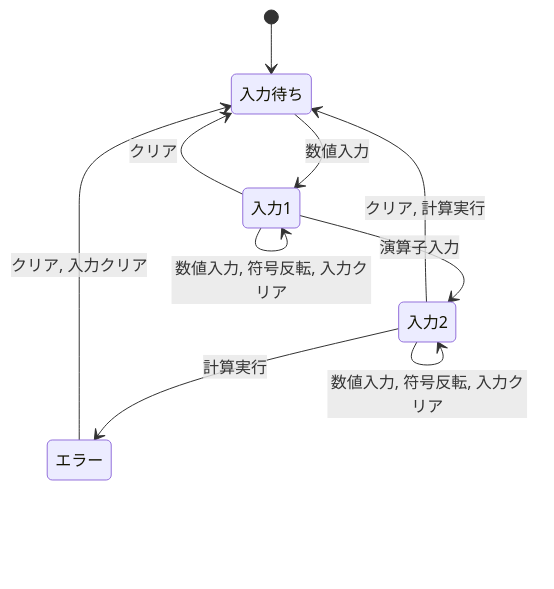
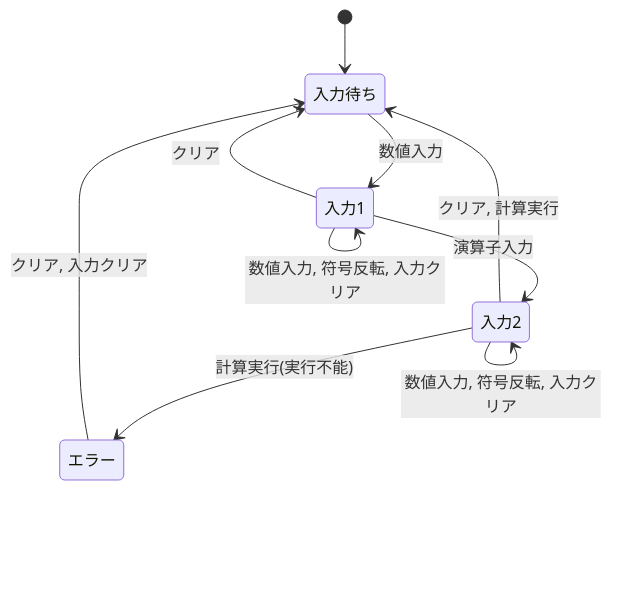
One commit to brainpad-whiterabbit/test-training changed the diagram in docs/97-requirements.md. Above: the diagram before and after it, drawn with Mermaid. The commit also changed other lines of this file and 2 other files, not shown here.

````diff
--- a/docs/97-requirements.md
+++ b/docs/97-requirements.md
@@ -47,15 +47,15 @@
 ```mermaid
 stateDiagram-v2
     [*] --> 入力待ち
 
     入力待ち --> 入力1 : 数値入力
     入力1 --> 入力1 : 数値入力, 符号反転, 入力クリア
     入力1 --> 入力待ち : クリア
     入力1 --> 入力2 : 演算子入力
 
     入力2 --> 入力2 : 数値入力, 符号反転, 入力クリア
     入力2 --> 入力待ち : クリア, 計算実行
 
-    入力2 --> エラー : 計算実行
+    入力2 --> エラー : 計算実行(実行不能)
     エラー --> 入力待ち : クリア, 入力クリア
 ```
````
